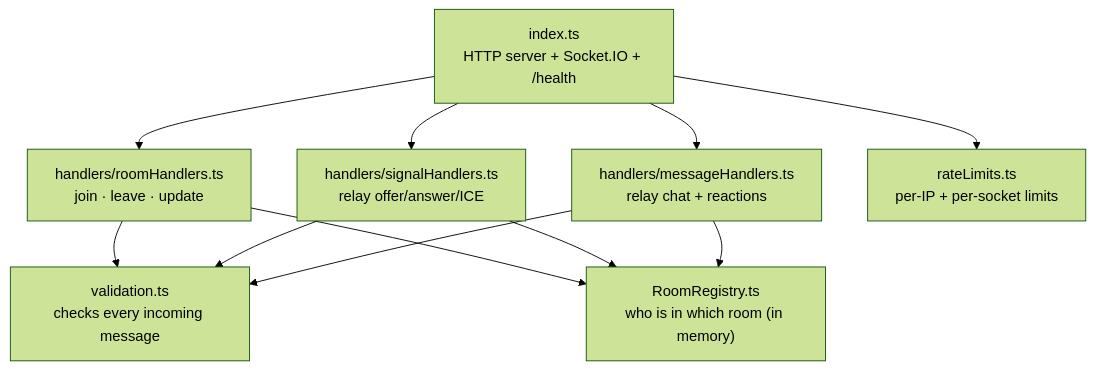
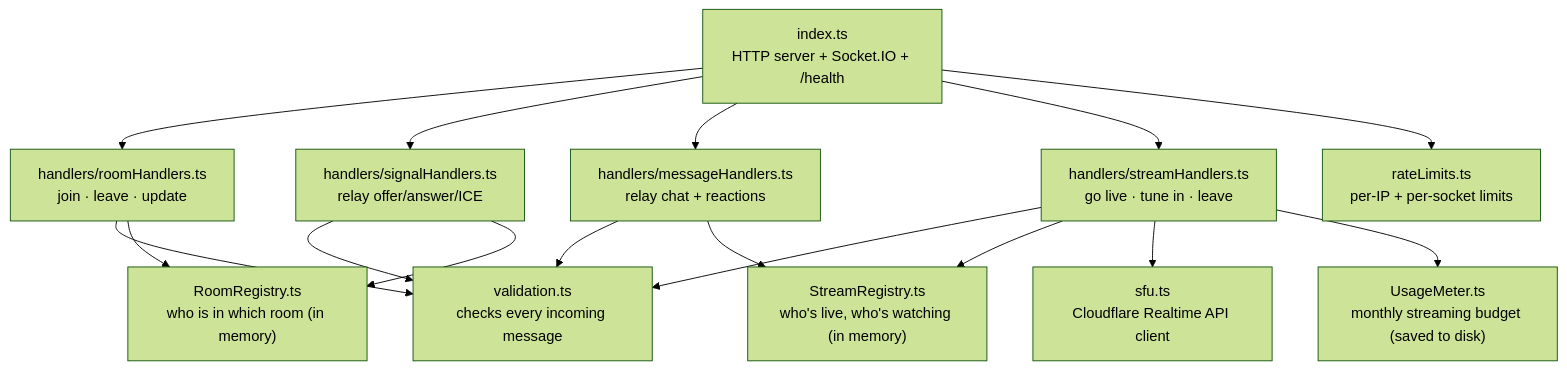
The tenth of 17 diagrams in docs/ARCHITECTURE.md (mr-dev-prince/vidbase), drawn with Mermaid (forest theme) before and after one commit. The commit also changed other lines of this file and 49 other files, not shown here.

First line of the commit message:
feat: implement live streaming functionality with Cloudflare SFU

````diff
--- a/docs/ARCHITECTURE.md
+++ b/docs/ARCHITECTURE.md
@@ -259,13 +261,18 @@
 ```mermaid
 flowchart TD
   index["index.ts<br/>HTTP server + Socket.IO + /health"] --> roomH["handlers/roomHandlers.ts<br/>join · leave · update"]
   index --> sigH["handlers/signalHandlers.ts<br/>relay offer/answer/ICE"]
   index --> msgH["handlers/messageHandlers.ts<br/>relay chat + reactions"]
+  index --> strH["handlers/streamHandlers.ts<br/>go live · tune in · leave"]
   index --> rl["rateLimits.ts<br/>per-IP + per-socket limits"]
   roomH --> val["validation.ts<br/>checks every incoming message"]
   sigH --> val
   msgH --> val
+  strH --> val
   roomH --> reg["RoomRegistry.ts<br/>who is in which room (in memory)"]
   sigH --> reg
-  msgH --> reg
+  strH --> sreg["StreamRegistry.ts<br/>who's live, who's watching (in memory)"]
+  msgH --> sreg
+  strH --> sfu["sfu.ts<br/>Cloudflare Realtime API client"]
+  strH --> meter["UsageMeter.ts<br/>monthly streaming budget (saved to disk)"]
 ```
````
